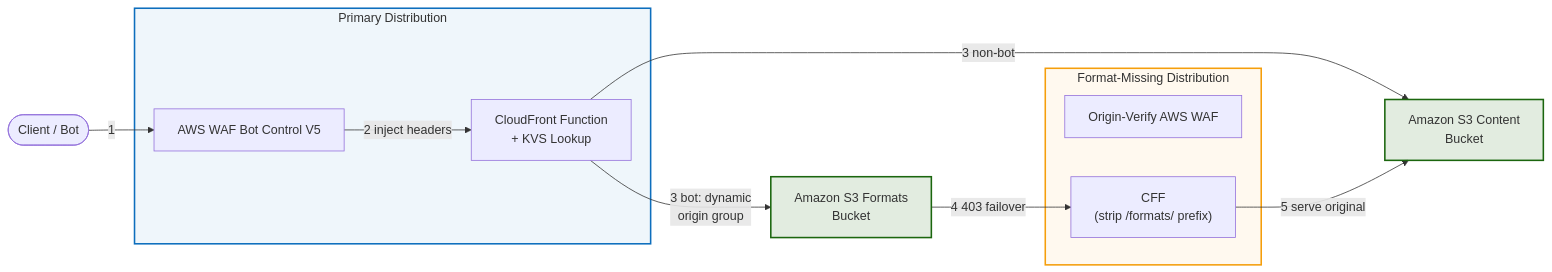
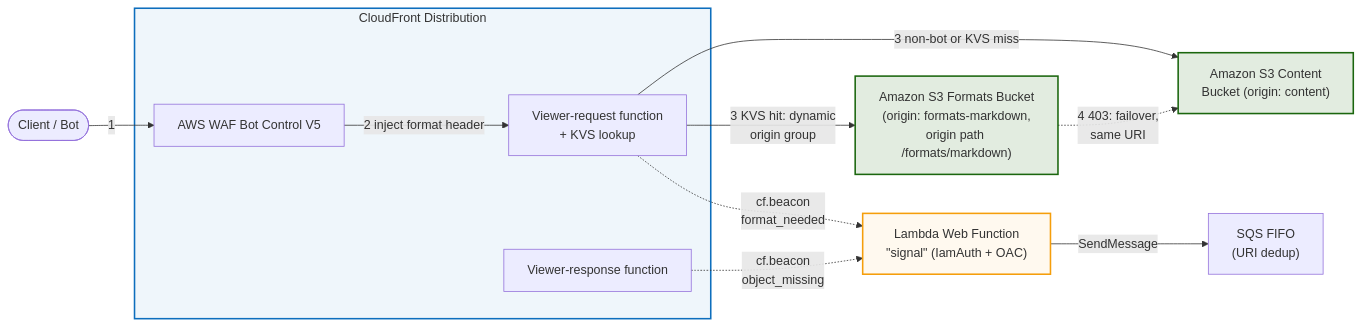
One commit to aws-samples/sample-automated-markdowns-for-agents-using-cloudfront-and-waf changed the first of 3 diagrams in README.md. Above: the diagram before and after it, drawn with Mermaid. The commit also changed other lines of this file, not shown here.

Commit message:
README: one distribution with cf.beacon signals and a Web Function origin; cost and cleanup

````diff
--- a/README.md
+++ b/README.md
@@ -19,29 +22,29 @@
 ```mermaid
 flowchart LR
     Client([Client / Bot])
 
-    subgraph PrimaryDistro["Primary Distribution"]
+    subgraph Distro["CloudFront Distribution"]
         AWSWAF["AWS WAF Bot Control V5"]
-        CFF["CloudFront Function<br/>+ KVS Lookup"]
+        VReq["Viewer-request function<br/>+ KVS lookup"]
+        VRes["Viewer-response function"]
     end
 
-    ContentS3["Amazon S3 Content<br/>Bucket"]
-    FormatsBucket["Amazon S3 Formats<br/>Bucket"]
-
-    subgraph FormatMissing["Format-Missing Distribution"]
-        WAF2["Origin-Verify AWS WAF"]
-        FMCFF["CFF<br/>(strip /formats/ prefix)"]
-    end
+    ContentS3["Amazon S3 Content<br/>Bucket (origin: content)"]
+    FormatsBucket["Amazon S3 Formats Bucket<br/>(origin: formats-markdown,<br/>origin path /formats/markdown)"]
+    Signal["Lambda Web Function<br/>#quot;signal#quot; (IamAuth + OAC)"]
+    SQS["SQS FIFO<br/>(URI dedup)"]
 
     Client -->|"1"| AWSWAF
-    AWSWAF -->|"2 inject headers"| CFF
-    CFF -->|"3 non-bot"| ContentS3
-    CFF -->|"3 bot: dynamic<br/>origin group"| FormatsBucket
-    FormatsBucket -->|"4 403 failover"| FMCFF
-    FMCFF -->|"5 serve original"| ContentS3
+    AWSWAF -->|"2 inject format header"| VReq
+    VReq -->|"3 non-bot or KVS miss"| ContentS3
+    VReq -->|"3 KVS hit: dynamic<br/>origin group"| FormatsBucket
+    FormatsBucket -.->|"4 403: failover,<br/>same URI"| ContentS3
+    VReq -.->|"cf.beacon<br/>format_needed"| Signal
+    VRes -.->|"cf.beacon<br/>object_missing"| Signal
+    Signal -->|"SendMessage"| SQS
 
-    style PrimaryDistro fill:#0d6ebd10,stroke:#0d6ebd,stroke-width:2px
-    style FormatMissing fill:#f59e0b10,stroke:#f59e0b,stroke-width:2px
+    style Distro fill:#0d6ebd10,stroke:#0d6ebd,stroke-width:2px
     style ContentS3 fill:#1b660e20,stroke:#1b660e,stroke-width:2px
     style FormatsBucket fill:#1b660e20,stroke:#1b660e,stroke-width:2px
+    style Signal fill:#f59e0b10,stroke:#f59e0b,stroke-width:2px
 ```
````
